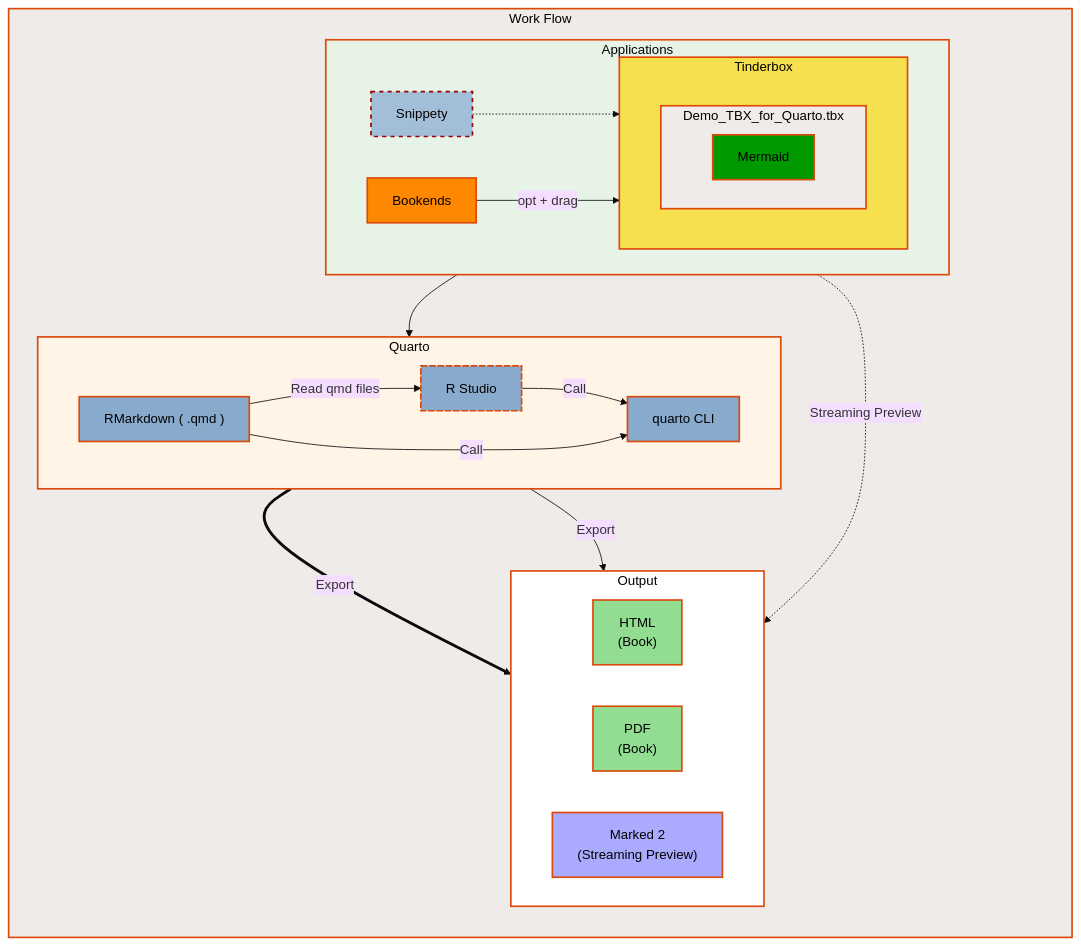
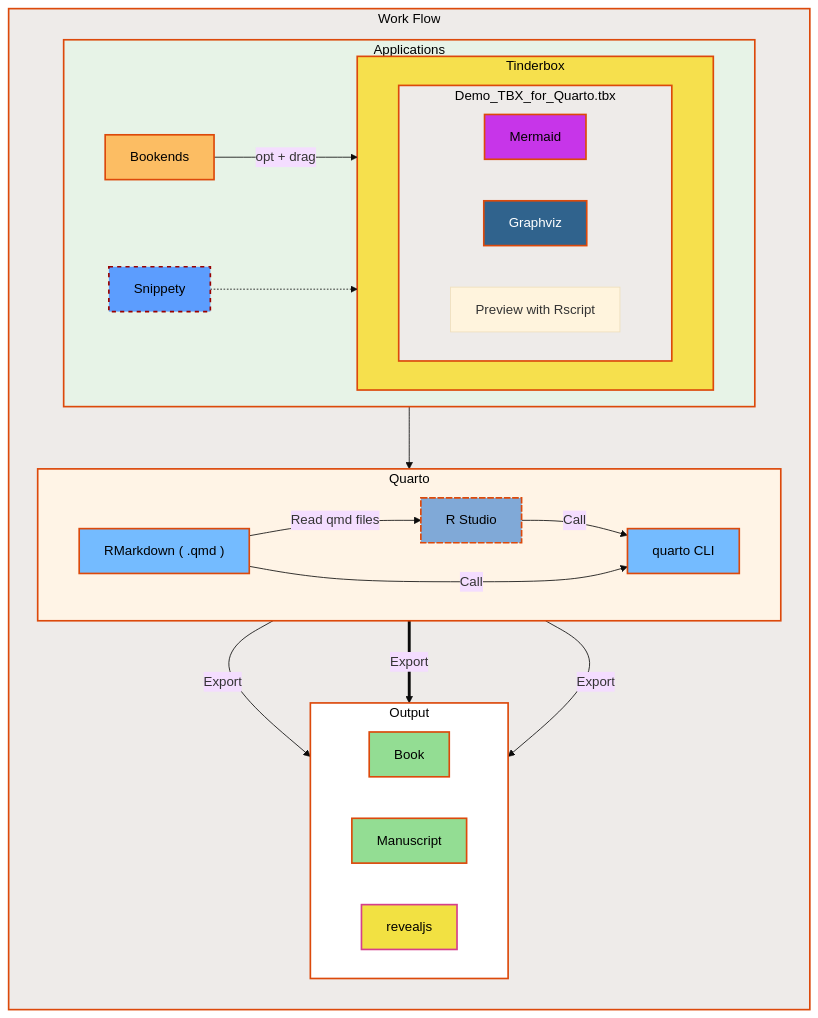
One commit to fryagbye/tinderboxwithquarto changed the first of 2 diagrams in output/index.qmd. Above: the diagram before and after it, drawn with Mermaid (base theme). The commit also changed other lines of this file and 201 other files, not shown here.

````diff
--- a/output/index.qmd
+++ b/output/index.qmd
@@ -14,71 +25,79 @@
-```{mermaid} 
-%%| label: fig-workflow-mermaid
-%%| fig-cap: Tinderbox Work Flow with Quarto ( Mermaid version ).
+```{mermaid}
+%%| label: fig-workflow
 %%| fig-width: 5
 flowchart TB
-    A["Snippety"] -.->  Sub1["Tinderbox"]
-    B["Mermaid"]
-    C["Bookends"] -->|"opt + drag"| Sub1["Tinderbox"]
-    D["R Studio"] -->|"Call"| F["quarto CLI"]
-    E["RMarkdown ( .qmd )"] -->|"Read qmd files"| D["R Studio"]
-    E["RMarkdown ( .qmd )"] -->|"Call"| F["quarto CLI"]
-    F["quarto CLI"] ==>|"Export"| G["HTML
-(Book)"]
-    F["quarto CLI"] -->|"Export"| H["PDF
-(Book)"]
-    G["HTML
-(Book)"]
-    H["PDF
-(Book)"]
-    I["Marked 2
-(Streaming Preview)"]
+    A["Bookends"] -->|"opt + drag"| Sub1["Tinderbox"]
+    B["Snippety"] -.->  Sub1["Tinderbox"]
+    C["Mermaid"]
+    D["Graphviz"]
+    E["Preview with Rscript"]
+    F["R Studio"] -->|"Call"| H["quarto CLI"]
+    G["RMarkdown ( .qmd )"] -->|"Read qmd files"| F["R Studio"]
+    G["RMarkdown ( .qmd )"] -->|"Call"| H["quarto CLI"]
+    H["quarto CLI"] -->|"Export"| I["Book"]
+    H["quarto CLI"] ==>|"Export"| J["Manuscript"]
+    H["quarto CLI"] -->|"Export"| K["revealjs"]
+    I["Book"]
+    J["Manuscript"]
+    K["revealjs"]
+
  subgraph Sub1["Tinderbox"]
     Sub5
 end 
+
  subgraph Sub2["Applications"]
     direction LR
     A
+    B
     Sub1
-    C
 end 
+
  subgraph Sub3["Quarto"]
     direction LR
+    F
+    G
+    H
+end 
+
+ subgraph Sub4["Output"]
+    direction LR
+    I
+    J
+    K
+end 
+
+ subgraph Sub5["Demo_TBX_for_Quarto.tbx"]
+    C
     D
     E
-    F
 end 
- subgraph Sub4["Output"]
-    direction LR
-    G
-    H
-    I
-end 
- subgraph Sub5["Demo_TBX_for_Quarto.tbx"]
-    B
-end 
+
  subgraph Sub6["Work Flow"]
     direction TB
     Sub2
     Sub3
     Sub4
 end 
- Sub5["Demo_TBX_for_Quarto.tbx"] -->  E["RMarkdown ( .qmd )"]
- Sub5["Demo_TBX_for_Quarto.tbx"] -.->|"Streaming Preview"| I["Marked 2
-(Streaming Preview)"]
+
+    Sub5["Demo_TBX_for_Quarto.tbx"] -->  G["RMarkdown ( .qmd )"]
+
 %% Styles & Links
-    style A fill:#a3bed9,color:#000000,stroke:#990000,stroke-width:2px,stroke-dasharray:5 5 
-    click A href "https://snippety.app/" _blank
-    style B fill:#009900,color:#000000,stroke:#dc490b,stroke-width:2px
-    style C fill:#ff8800,color:#000000,stroke:#dc490b,stroke-width:2px
-    style D fill:#88aacc,color:#000000,stroke:#dc490b,stroke-width:2px,stroke-dasharray:8 2 
-    click D href "https://posit.co/products/open-source/rstudio/" _blank
-    style E fill:#88aacc,color:#000000,stroke:#dc490b,stroke-width:2px
-    style F fill:#88aacc,color:#000000,stroke:#dc490b,stroke-width:2px
-    click F href "https://quarto.org/" _blank
-    style G fill:#93dd93,color:#000000,stroke:#dc490b,stroke-width:2px
-    style H fill:#93dd93,color:#000000,stroke:#dc490b,stroke-width:2px
-    style I fill:#aaaaff,color:#000000,stroke:#dc490b,stroke-width:2px
-    click I href "https://marked2app.com/" _blank
+    style A fill:#fcbd63,color:#000000,stroke:#dc490b,stroke-width:2px
+    click A href "https://www.sonnysoftware.com/bookends-for-mac" _blank
+    style B fill:#5c9dfe,color:#000000,stroke:#990000,stroke-width:2px,stroke-dasharray:5 5 
+    click B href "https://snippety.app/" _blank
+    style C fill:#c735e9,color:#000000,stroke:#dc490b,stroke-width:2px
+    click C href "https://mermaid.js.org/" _blank
+    style D fill:#30638d,color:#ffffff,stroke:#dc490b,stroke-width:2px
+    click D href "https://graphviz.org/" _blank
+    style F fill:#80a9d7,color:#000000,stroke:#dc490b,stroke-width:2px,stroke-dasharray:8 2 
+    click F href "https://posit.co/products/open-source/rstudio/" _blank
+    style G fill:#74bbff,color:#000000,stroke:#dc490b,stroke-width:2px
+    style H fill:#74bbff,color:#000000,stroke:#dc490b,stroke-width:2px
+    click H href "https://quarto.org/" _blank
+    style I fill:#93dd93,color:#000000,stroke:#dc490b,stroke-width:2px
+    style J fill:#93dd93,color:#000000,stroke:#dc490b,stroke-width:2px
+    style K fill:#f2e142,color:#000000,stroke:#d53f8c,stroke-width:2px
     style Sub1 fill:#f6e04d,color:#000000,stroke:#dc490b,stroke-width:2px
     style Sub2 fill:#e7f3e7,color:#000000,stroke:#dc490b,stroke-width:2px
     style Sub3 fill:#fff4e6,color:#000000,stroke:#dc490b,stroke-width:2px
````
